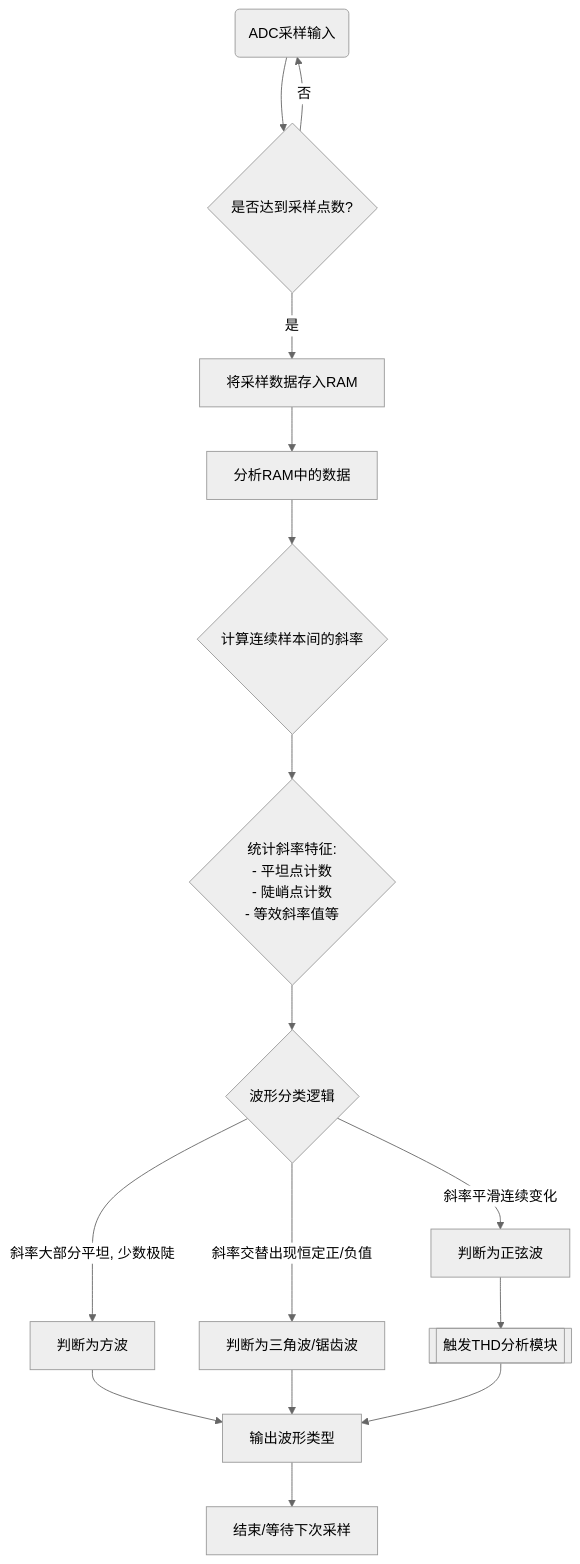
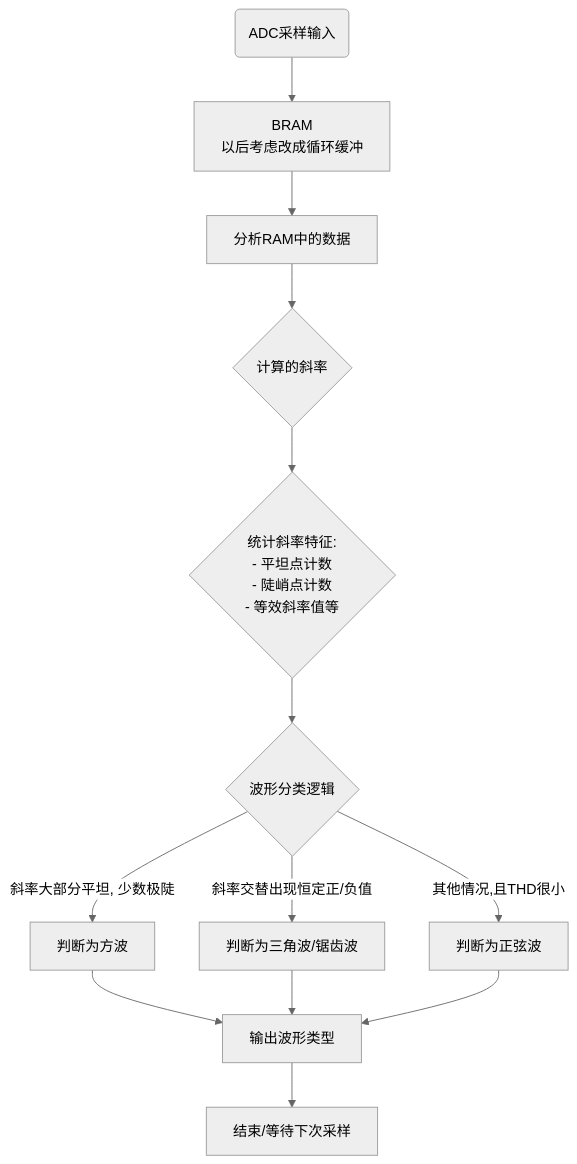
One commit to vixhentx/osc changed the first of 2 diagrams in doc/波形检测.md. Above: the diagram before and after it, drawn with Mermaid (neutral theme). The commit also changed other lines of this file and 1 other file, not shown here.

````diff
--- a/doc/波形检测.md
+++ b/doc/波形检测.md
@@ -3,18 +3,15 @@
 ```mermaid
 graph TD
-    B(ADC采样输入) --> C{是否达到采样点数?}
-    C -- 否 --> B
-    C -- 是 --> D[将采样数据存入RAM]
+    B(ADC采样输入) --> D["BRAM<br/>以后考虑改成循环缓冲"]
     D --> E[分析RAM中的数据]
-    E --> F{计算连续样本间的斜率}
+    E --> F{计算的斜率}
     F --> G{统计斜率特征: <br> - 平坦点计数<br> - 陡峭点计数<br> - 等效斜率值等}
     G --> H{波形分类逻辑}
     H -- 斜率大部分平坦, 少数极陡 --> I[判断为方波]
     H -- 斜率交替出现恒定正/负值 --> J[判断为三角波/锯齿波]
-    H -- 斜率平滑连续变化 --> K[判断为正弦波]
+    H -- 其他情况,且THD很小 --> K[判断为正弦波]
     I --> L[输出波形类型]
     J --> L
-    K --> M[[触发THD分析模块]]
-    M --> L
+    K --> L
     L --> N[结束/等待下次采样]
 ```
````
